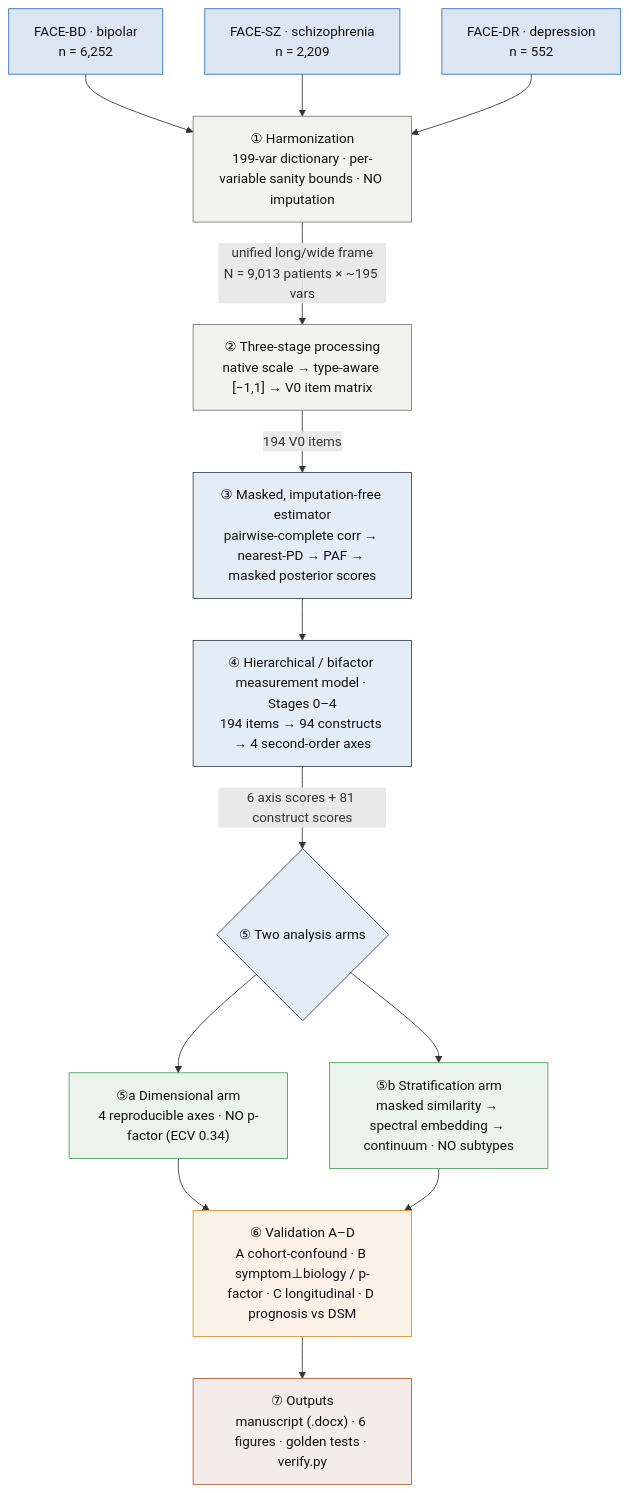
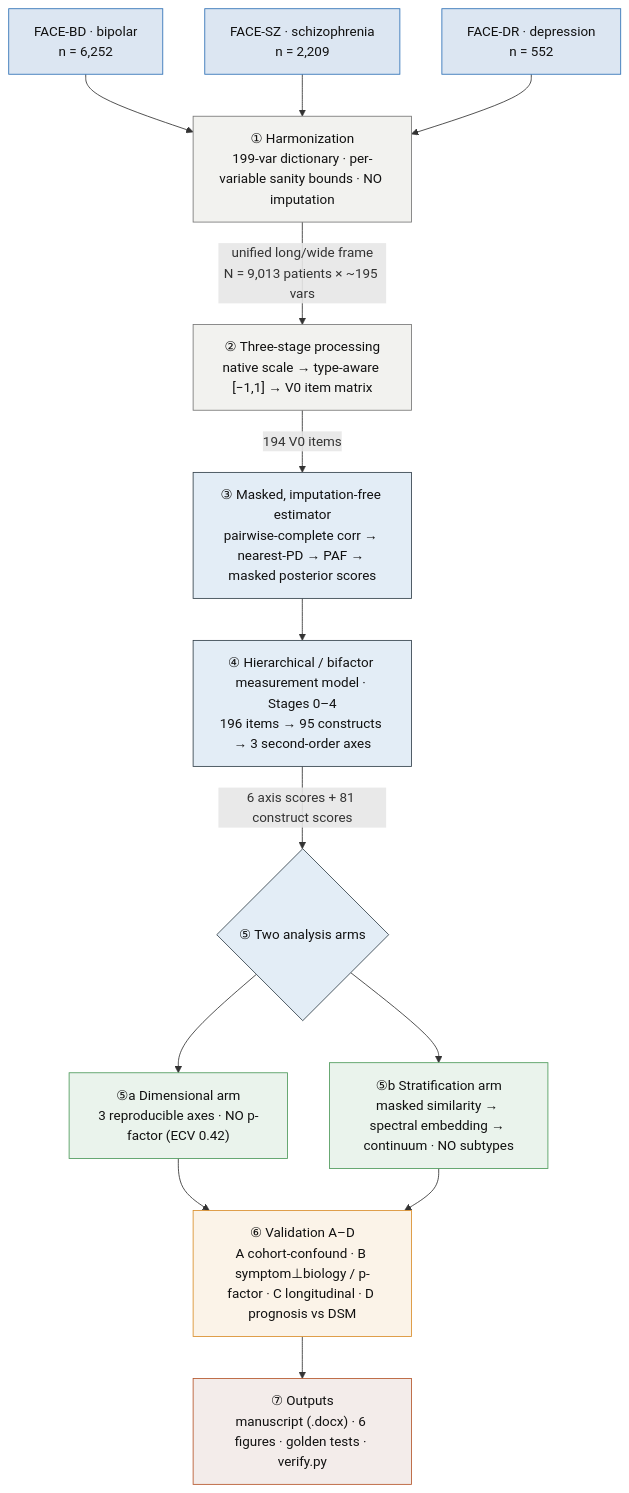
Before and after one commit to AndriiKulakovskyi/face-trans-diagnostic-phenotypes: the first of 10 diagrams in docs/PIPELINE.md, drawn with Mermaid. The commit also changed other lines of this file and 24 other files, not shown here.

````diff
--- a/docs/PIPELINE.md
+++ b/docs/PIPELINE.md
@@ -26,33 +26,33 @@
 ```mermaid
 flowchart TB
     classDef data  fill:#DCE6F2,stroke:#2C6FB5,color:#111
     classDef proc  fill:#F2F2EF,stroke:#777,color:#111
     classDef model fill:#E3EDF6,stroke:#33414b,color:#111
     classDef arm   fill:#EAF3EC,stroke:#4E9A5B,color:#111
     classDef val   fill:#FBF3E8,stroke:#D98E2B,color:#111
     classDef out   fill:#F3ECEA,stroke:#B5562B,color:#111
 
     BP["FACE-BD · bipolar<br/>n = 6,252"]:::data
     SZ["FACE-SZ · schizophrenia<br/>n = 2,209"]:::data
     DR["FACE-DR · depression<br/>n = 552"]:::data
 
     BP --> H
     SZ --> H
     DR --> H
 
     H["① Harmonization<br/>199-var dictionary · per-variable sanity bounds · NO imputation"]:::proc
     H -->|"unified long/wide frame<br/>N = 9,013 patients × ~195 vars"| P
     P["② Three-stage processing<br/>native scale → type-aware [−1,1] → V0 item matrix"]:::proc
     P -->|"194 V0 items"| E
     E["③ Masked, imputation-free estimator<br/>pairwise-complete corr → nearest-PD → PAF → masked posterior scores"]:::model
     E --> M
-    M["④ Hierarchical / bifactor measurement model · Stages 0–4<br/>194 items → 94 constructs → 4 second-order axes"]:::model
+    M["④ Hierarchical / bifactor measurement model · Stages 0–4<br/>196 items → 95 constructs → 3 second-order axes"]:::model
     M -->|"6 axis scores + 81 construct scores"| ARM{"⑤ Two analysis arms"}
     ARM:::model
-    ARM --> DIMA["⑤a Dimensional arm<br/>4 reproducible axes · NO p-factor (ECV 0.34)"]:::arm
+    ARM --> DIMA["⑤a Dimensional arm<br/>3 reproducible axes · NO p-factor (ECV 0.42)"]:::arm
     ARM --> STRA["⑤b Stratification arm<br/>masked similarity → spectral embedding → continuum · NO subtypes"]:::arm
     DIMA --> V
     STRA --> V
     V["⑥ Validation A–D<br/>A cohort-confound · B symptom⊥biology / p-factor · C longitudinal · D prognosis vs DSM"]:::val
     V --> O["⑦ Outputs<br/>manuscript (.docx) · 6 figures · golden tests · verify.py"]:::out
 ```
````
